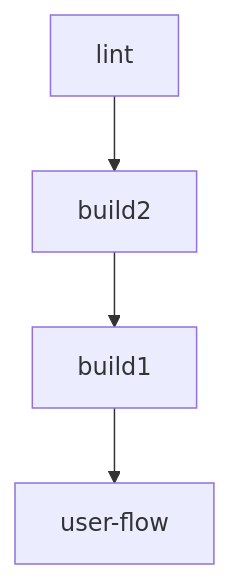
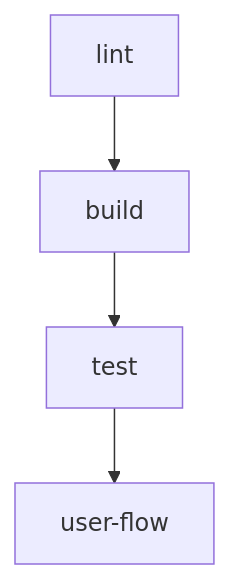
The first of 2 diagrams in CONTRIBUTING.md (tastejs/angular-movies), drawn with Mermaid before and after one commit. The commit also changed other lines of this file, not shown here.

Commit message:
fix: add docs for cloudflare-worker app

````diff
--- a/CONTRIBUTING.md
+++ b/CONTRIBUTING.md
@@ -5,6 +5,6 @@
 ```mermaid
 graph TD;
-    lint-->build2;
-    build2-->build1;
-    build1-->user-flow;
+    lint-->build;
+    build-->test;
+    test-->user-flow;
 ```
````
